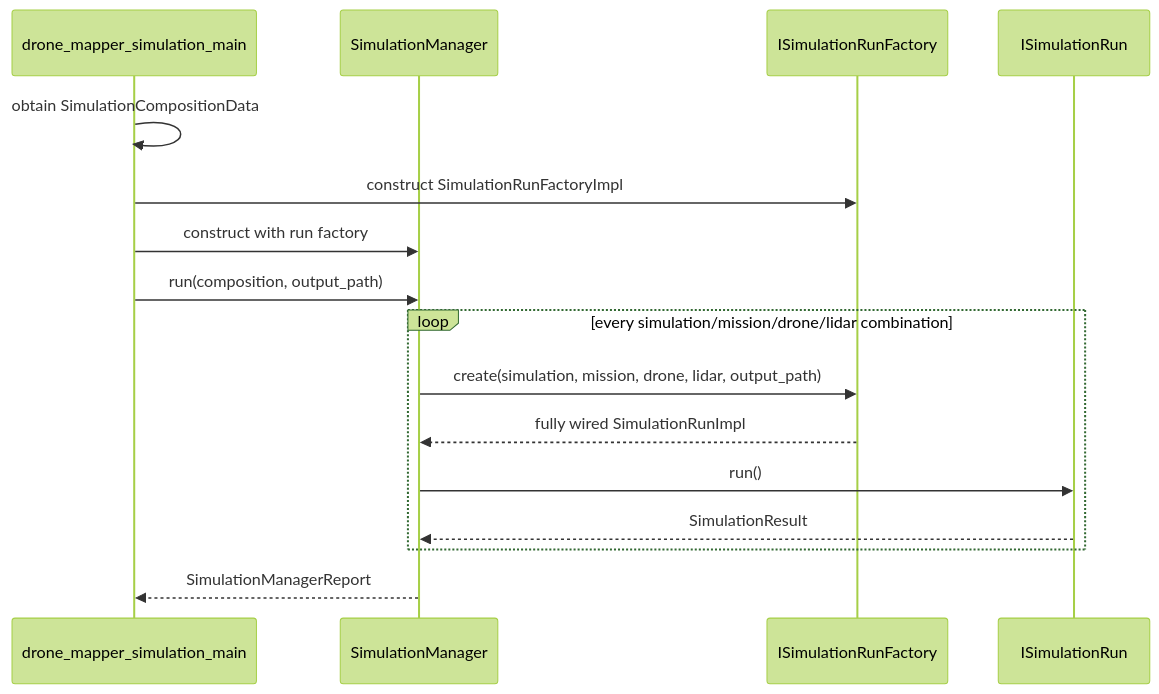
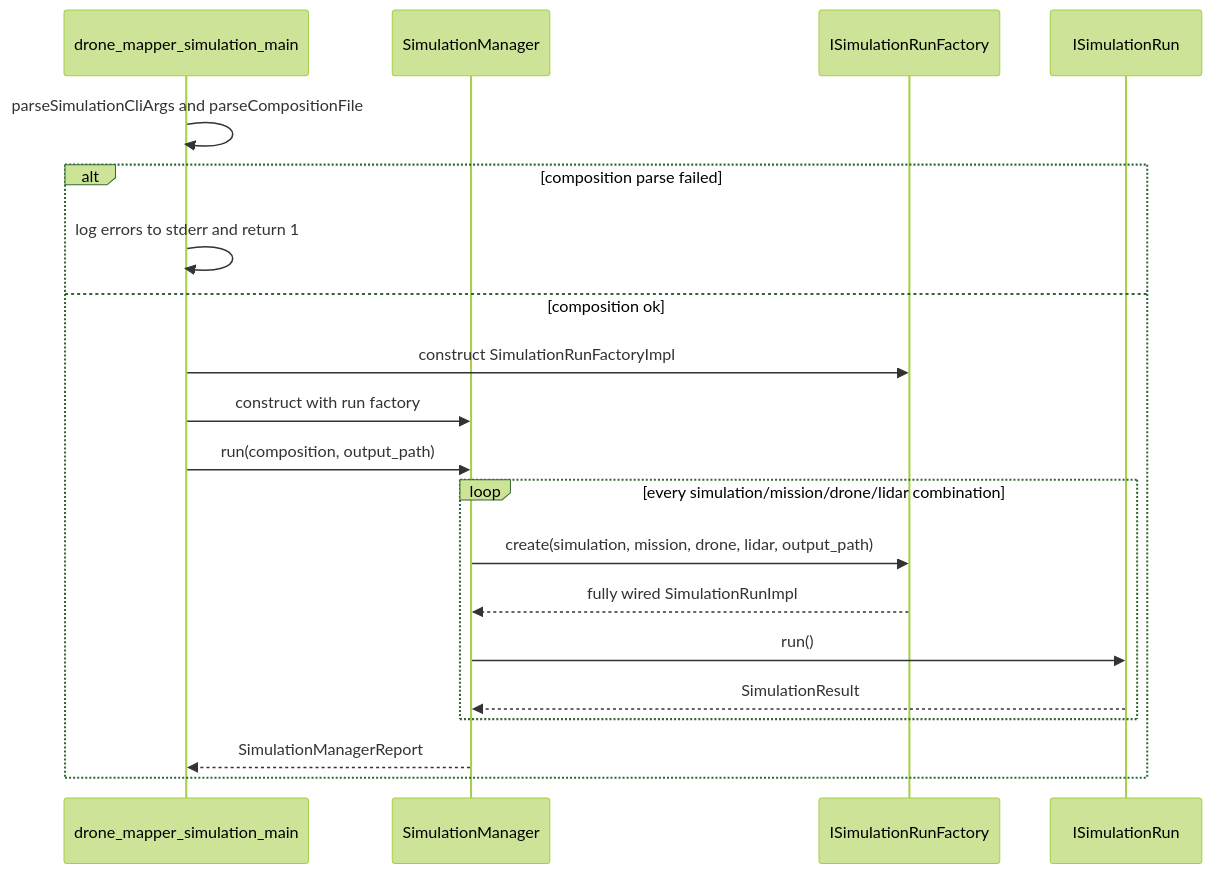
One commit to Sagi154/Drone-Mapper-ex2 changed the second of 5 diagrams in docs/HLD.md. Above: the diagram before and after it, drawn with Mermaid (forest theme). The commit also changed other lines of this file, not shown here.

Commit message:
docs: document main composition loading in HLD

````diff
--- a/docs/HLD.md
+++ b/docs/HLD.md
@@ -226,19 +226,23 @@
 ```mermaid
 sequenceDiagram
     participant Main as drone_mapper_simulation_main
     participant Manager as SimulationManager
     participant Factory as ISimulationRunFactory
     participant Run as ISimulationRun
 
-    Main->>Main: obtain SimulationCompositionData
-    Main->>Factory: construct SimulationRunFactoryImpl
-    Main->>Manager: construct with run factory
-    Main->>Manager: run(composition, output_path)
-    loop every simulation/mission/drone/lidar combination
-        Manager->>Factory: create(simulation, mission, drone, lidar, output_path)
-        Factory-->>Manager: fully wired SimulationRunImpl
-        Manager->>Run: run()
-        Run-->>Manager: SimulationResult
+    Main->>Main: parseSimulationCliArgs and parseCompositionFile
+    alt composition parse failed
+        Main->>Main: log errors to stderr and return 1
+    else composition ok
+        Main->>Factory: construct SimulationRunFactoryImpl
+        Main->>Manager: construct with run factory
+        Main->>Manager: run(composition, output_path)
+        loop every simulation/mission/drone/lidar combination
+            Manager->>Factory: create(simulation, mission, drone, lidar, output_path)
+            Factory-->>Manager: fully wired SimulationRunImpl
+            Manager->>Run: run()
+            Run-->>Manager: SimulationResult
+        end
+        Manager-->>Main: SimulationManagerReport
     end
-    Manager-->>Main: SimulationManagerReport
 ```
````
